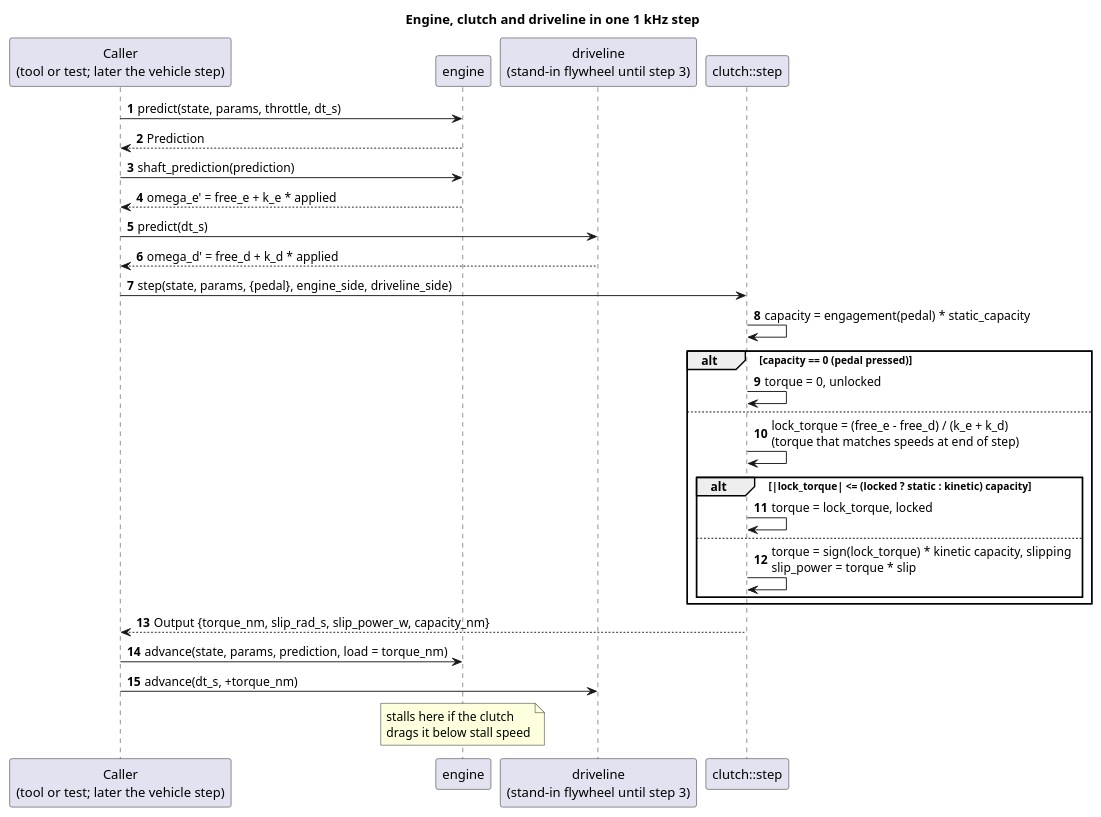
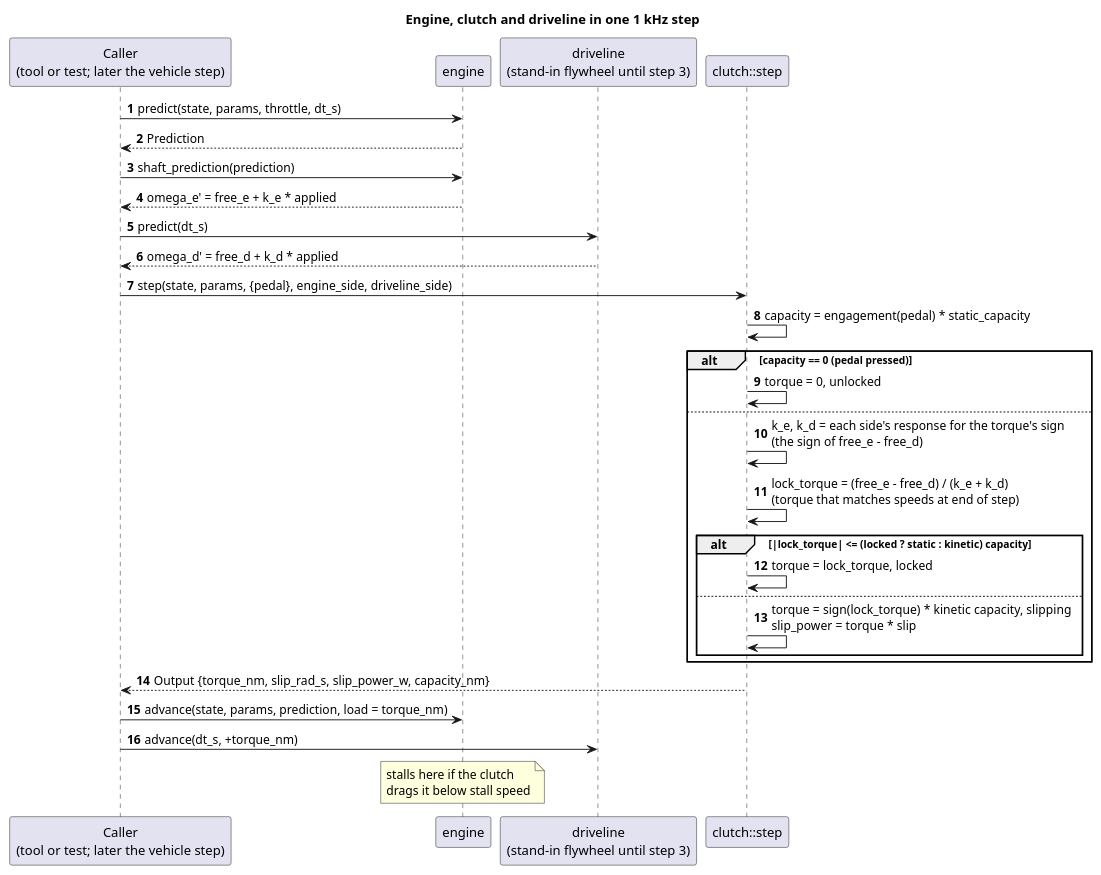
The diagram in docs/diagrams/clutch_coupling_sequence.puml (wversteeg/TractorPulling), drawn with PlantUML before and after one commit. The commit also changed 10 other files, not shown here.

```diff
--- a/docs/diagrams/clutch_coupling_sequence.puml
+++ b/docs/diagrams/clutch_coupling_sequence.puml
@@ -1,33 +1,34 @@
 @startuml clutch_coupling_sequence
 title Engine, clutch and driveline in one 1 kHz step
 autonumber
 participant "Caller\n(tool or test; later the vehicle step)" as Caller
 participant "engine" as Engine
 participant "driveline\n(stand-in flywheel until step 3)" as Driveline
 participant "clutch::step" as Clutch
 
 Caller -> Engine : predict(state, params, throttle, dt_s)
 Engine --> Caller : Prediction
 Caller -> Engine : shaft_prediction(prediction)
 Engine --> Caller : omega_e' = free_e + k_e * applied
 Caller -> Driveline : predict(dt_s)
 Driveline --> Caller : omega_d' = free_d + k_d * applied
 
 Caller -> Clutch : step(state, params, {pedal}, engine_side, driveline_side)
 Clutch -> Clutch : capacity = engagement(pedal) * static_capacity
 alt capacity == 0 (pedal pressed)
   Clutch -> Clutch : torque = 0, unlocked
 else
+  Clutch -> Clutch : k_e, k_d = each side's response for the torque's sign\n(the sign of free_e - free_d)
   Clutch -> Clutch : lock_torque = (free_e - free_d) / (k_e + k_d)\n(torque that matches speeds at end of step)
   alt |lock_torque| <= (locked ? static : kinetic) capacity
     Clutch -> Clutch : torque = lock_torque, locked
   else
     Clutch -> Clutch : torque = sign(lock_torque) * kinetic capacity, slipping\nslip_power = torque * slip
   end
 end
 Clutch --> Caller : Output {torque_nm, slip_rad_s, slip_power_w, capacity_nm}
 
 Caller -> Engine : advance(state, params, prediction, load = torque_nm)
 Caller -> Driveline : advance(dt_s, +torque_nm)
 note over Engine : stalls here if the clutch\ndrags it below stall speed
 @enduml
```
